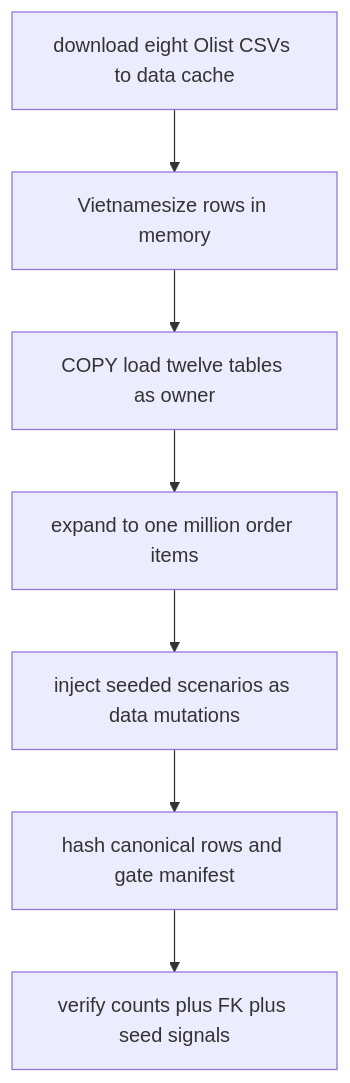
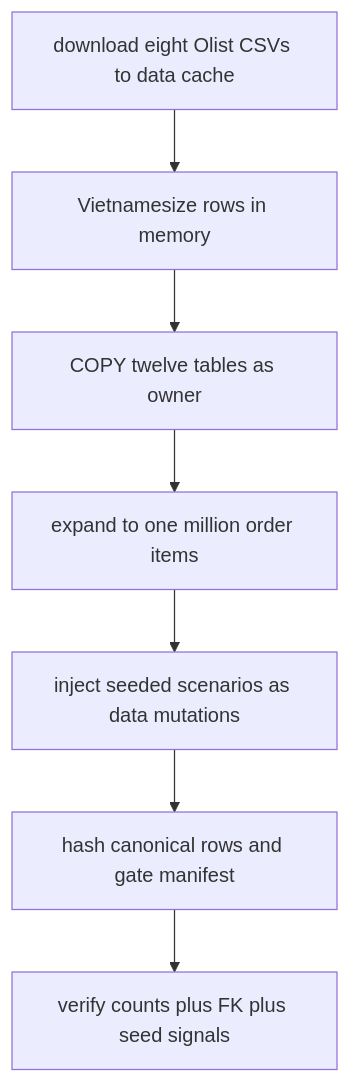
One commit to NDTruongDanh/SE373-Analytics-Agent changed the second of 2 diagrams in openwiki/data/database-and-seeding.md. Above: the diagram before and after it, drawn with Mermaid. The commit also changed other lines of this file and 24 other files, not shown here.

````diff
--- a/openwiki/data/database-and-seeding.md
+++ b/openwiki/data/database-and-seeding.md
@@ -126,9 +128,9 @@
 ```mermaid
 flowchart TD
   A["download eight Olist CSVs to data cache"] --> B["Vietnamesize rows in memory"]
-  B --> C["COPY load twelve tables as owner"]
+  B --> C["COPY twelve tables as owner"]
   C --> D["expand to one million order items"]
   D --> E["inject seeded scenarios as data mutations"]
   E --> F["hash canonical rows and gate manifest"]
   F --> G["verify counts plus FK plus seed signals"]
 ```
````
